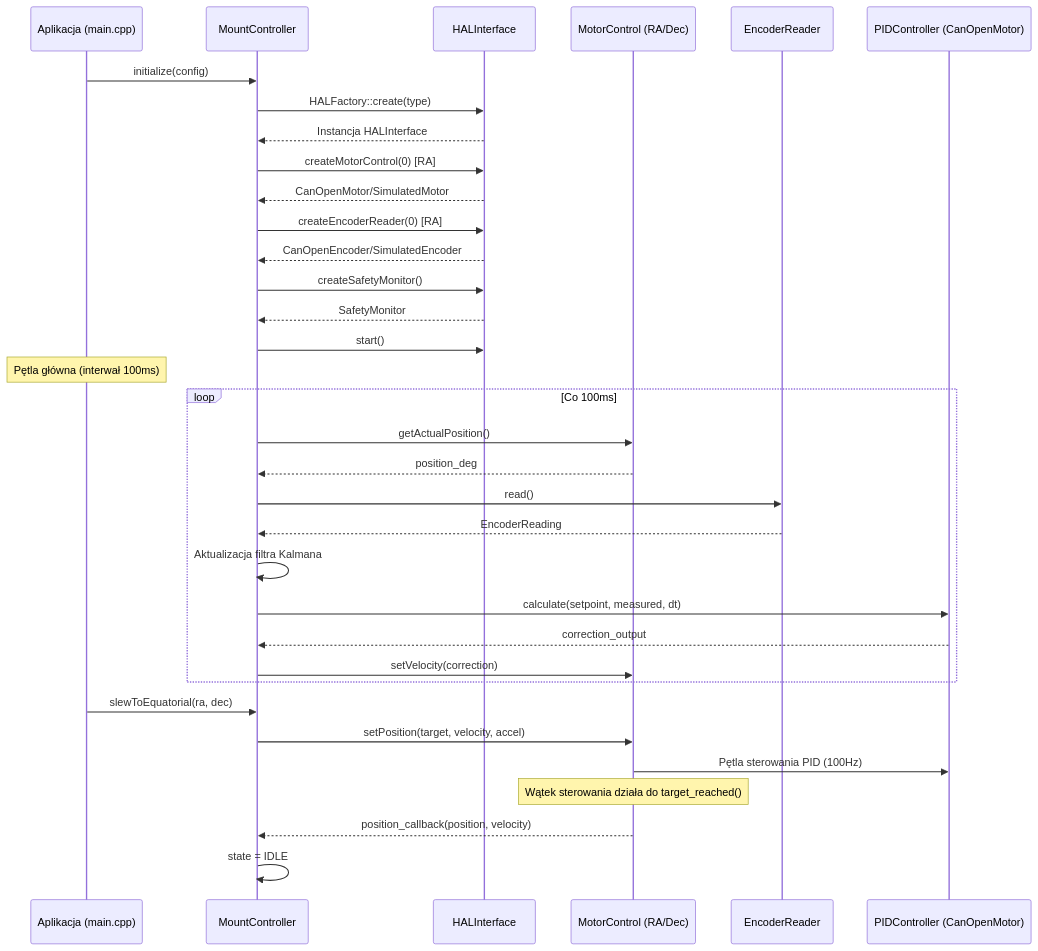
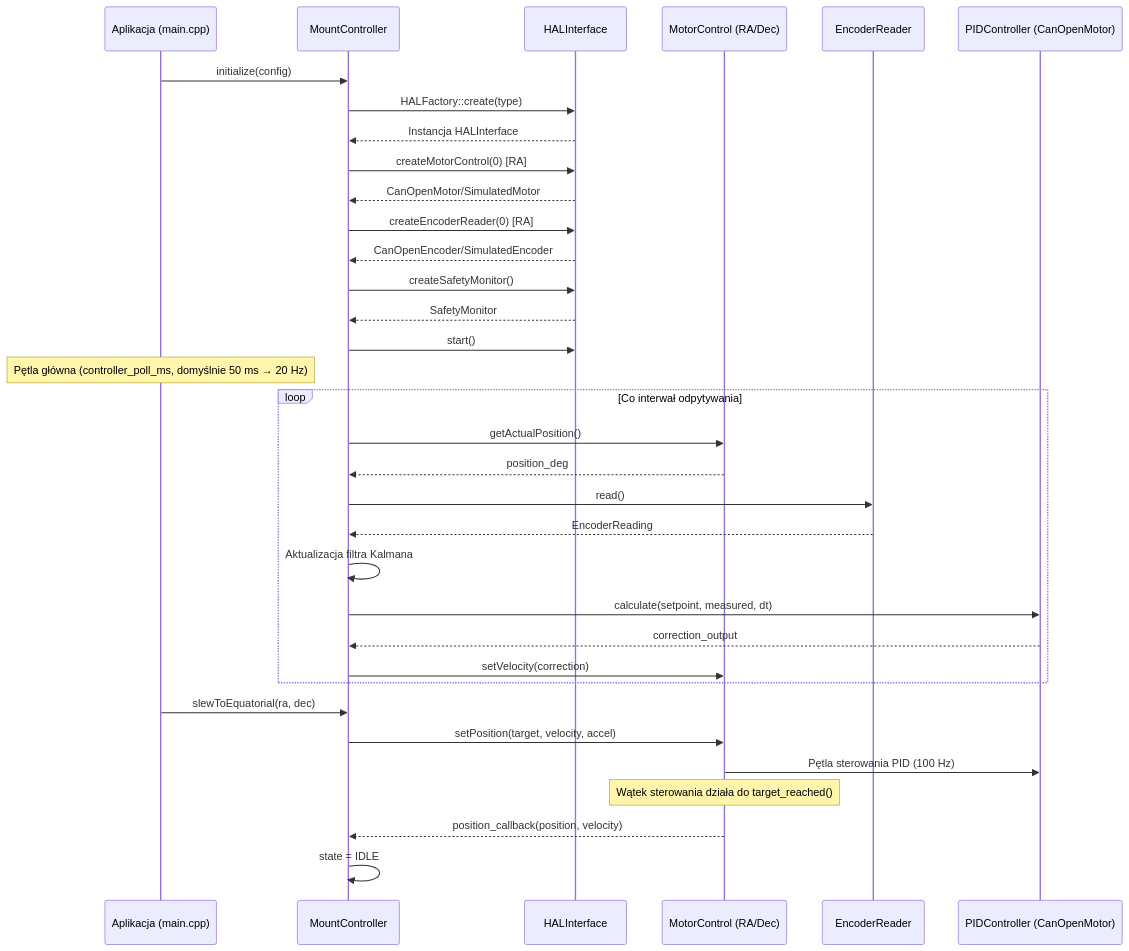
One commit to pielaszkiewicz-jacek/astro_mount_control changed the sixth of 11 diagrams in docs/pl/architecture.md. Above: the diagram before and after it, drawn with Mermaid. The commit also changed other lines of this file and 674 other files, not shown here.

````diff
--- a/docs/pl/architecture.md
+++ b/docs/pl/architecture.md
@@ -344,40 +446,40 @@
 ```mermaid
 sequenceDiagram
     participant APP as Aplikacja (main.cpp)
     participant MC as MountController
     participant HAL as HALInterface
     participant MOT as MotorControl (RA/Dec)
     participant ENC as EncoderReader
     participant PID as PIDController (CanOpenMotor)
-    
+
     APP->>MC: initialize(config)
     MC->>HAL: HALFactory::create(type)
     HAL-->>MC: Instancja HALInterface
     MC->>HAL: createMotorControl(0) [RA]
     HAL-->>MC: CanOpenMotor/SimulatedMotor
     MC->>HAL: createEncoderReader(0) [RA]
     HAL-->>MC: CanOpenEncoder/SimulatedEncoder
     MC->>HAL: createSafetyMonitor()
     HAL-->>MC: SafetyMonitor
     MC->>HAL: start()
-    
-    Note over APP: Pętla główna (interwał 100ms)
-    
-    loop Co 100ms
+
+    Note over APP: Pętla główna (controller_poll_ms, domyślnie 50 ms → 20 Hz)
+
+    loop Co interwał odpytywania
         MC->>MOT: getActualPosition()
         MOT-->>MC: position_deg
         MC->>ENC: read()
         ENC-->>MC: EncoderReading
         MC->>MC: Aktualizacja filtra Kalmana
         MC->>PID: calculate(setpoint, measured, dt)
         PID-->>MC: correction_output
         MC->>MOT: setVelocity(correction)
     end
-    
+
     APP->>MC: slewToEquatorial(ra, dec)
     MC->>MOT: setPosition(target, velocity, accel)
-    MOT->>PID: Pętla sterowania PID (100Hz)
+    MOT->>PID: Pętla sterowania PID (100 Hz)
     Note over MOT: Wątek sterowania działa do target_reached()
     MOT-->>MC: position_callback(position, velocity)
     MC->>MC: state = IDLE
 ```
````
